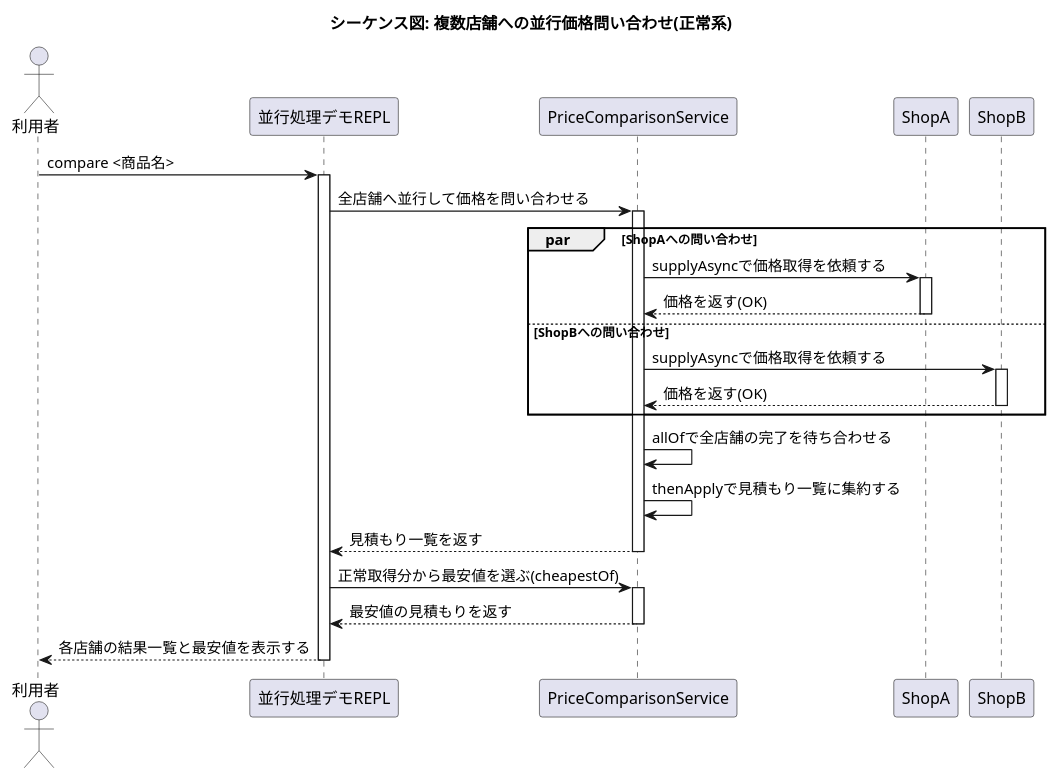
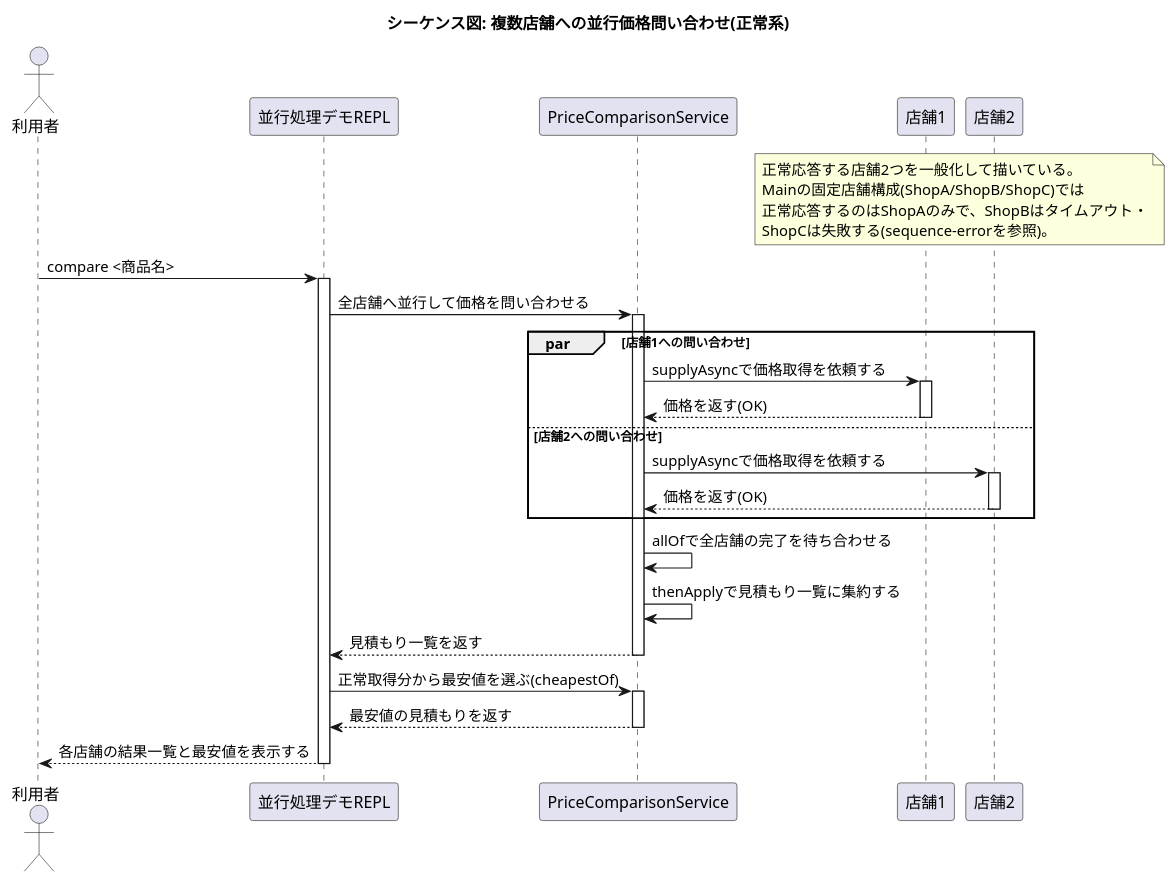
One commit to ExperimentalHobby/JavaLearningLab changed the diagram in docs/design/29_CompletableFutureDemo/diagrams/sequence-normal.puml. Above: the diagram before and after it, drawn with PlantUML.

Commit message:
docs: 29_CompletableFutureDemoのsequence-normal.pumlを実装と整合させる
sequence-normal.pumlはShopA/ShopBの両方がOKを返す流れを描いていたが、
Mainの固定店舗構成(タイムアウト400ms、ShopBは遅延500ms)では
ShopBは必ずタイムアウトするため、この流れは実行時に発生しない。
同フォルダのsequence-error.pumlでは正しくShopBをタイムアウトとして
描いており、2つの図の間で矛盾していた。

参加者名を「店舗1」「店舗2」に一般化し、正常系が特定店舗に紐づかない
一般的な流れであることを明確にした。あわせてnoteで実際のMain構成
(ShopAのみOK、ShopBはタイムアウト、ShopCは失敗)を補足し、
sequence-errorとの対応が分かるようにした。

design.adocの該当見出し・本文は店舗名に言及しておらず、整合性の
問題はなかったため変更していない。

Closes #79

```diff
--- a/docs/design/29_CompletableFutureDemo/diagrams/sequence-normal.puml
+++ b/docs/design/29_CompletableFutureDemo/diagrams/sequence-normal.puml
@@ -1,40 +1,47 @@
 @startuml sequence-normal
 skinparam defaultFontName VL Gothic
 
 title シーケンス図: 複数店舗への並行価格問い合わせ(正常系)
 
 actor 利用者
 participant "並行処理デモREPL" as App
 participant "PriceComparisonService" as Service
-participant "ShopA" as ShopA
-participant "ShopB" as ShopB
+participant "店舗1" as Shop1
+participant "店舗2" as Shop2
+
+note over Shop1, Shop2
+  正常応答する店舗2つを一般化して描いている。
+  Mainの固定店舗構成(ShopA/ShopB/ShopC)では
+  正常応答するのはShopAのみで、ShopBはタイムアウト・
+  ShopCは失敗する(sequence-errorを参照)。
+end note
 
 利用者 -> App : compare <商品名>
 activate App
 App -> Service : 全店舗へ並行して価格を問い合わせる
 activate Service
 
-par ShopAへの問い合わせ
-  Service -> ShopA : supplyAsyncで価格取得を依頼する
-  activate ShopA
-  ShopA --> Service : 価格を返す(OK)
-  deactivate ShopA
-else ShopBへの問い合わせ
-  Service -> ShopB : supplyAsyncで価格取得を依頼する
-  activate ShopB
-  ShopB --> Service : 価格を返す(OK)
-  deactivate ShopB
+par 店舗1への問い合わせ
+  Service -> Shop1 : supplyAsyncで価格取得を依頼する
+  activate Shop1
+  Shop1 --> Service : 価格を返す(OK)
+  deactivate Shop1
+else 店舗2への問い合わせ
+  Service -> Shop2 : supplyAsyncで価格取得を依頼する
+  activate Shop2
+  Shop2 --> Service : 価格を返す(OK)
+  deactivate Shop2
 end
 
 Service -> Service : allOfで全店舗の完了を待ち合わせる
 Service -> Service : thenApplyで見積もり一覧に集約する
 Service --> App : 見積もり一覧を返す
 deactivate Service
 App -> Service : 正常取得分から最安値を選ぶ(cheapestOf)
 activate Service
 Service --> App : 最安値の見積もりを返す
 deactivate Service
 App --> 利用者 : 各店舗の結果一覧と最安値を表示する
 deactivate App
 
 @enduml
```
